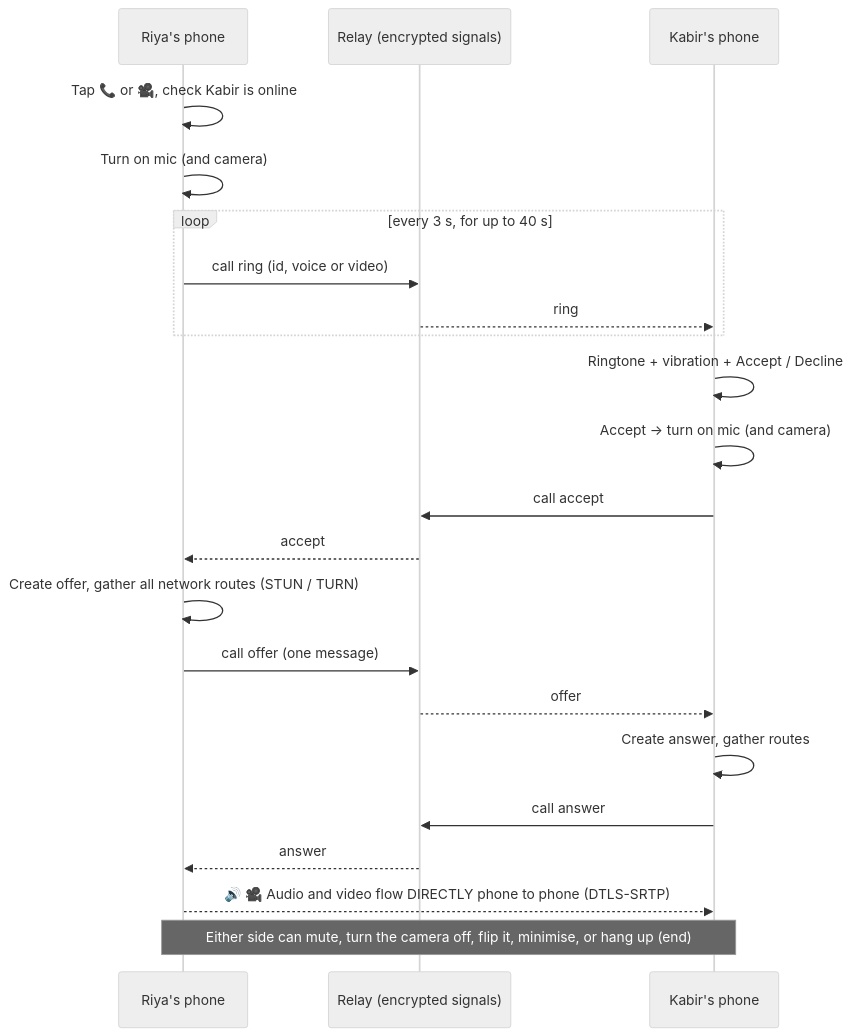
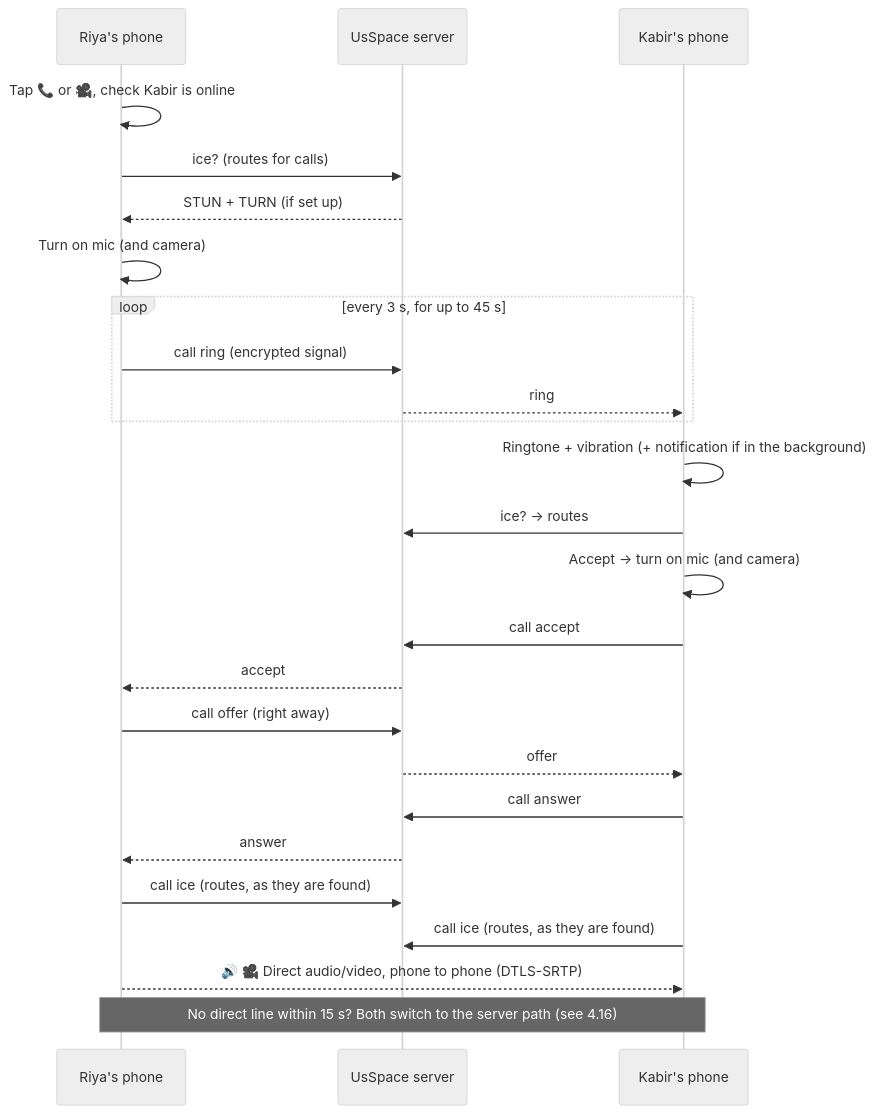
Before and after one commit to silent-coder-dev/private-space: diagram 15 of 30 in front-end/doc/04-flowcharts.md, drawn with Mermaid (neutral theme). The commit also changed other lines of this file and 78 other files, not shown here.

````diff
--- a/front-end/doc/04-flowcharts.md
+++ b/front-end/doc/04-flowcharts.md
@@ -318,24 +327,27 @@
 ```mermaid
 sequenceDiagram
     participant A as Riya's phone
-    participant S as Relay (encrypted signals)
+    participant S as UsSpace server
     participant B as Kabir's phone
     A->>A: Tap 📞 or 🎥, check Kabir is online
+    A->>S: ice? (routes for calls)
+    S-->>A: STUN + TURN (if set up)
     A->>A: Turn on mic (and camera)
-    loop every 3 s, for up to 40 s
-        A->>S: call ring (id, voice or video)
+    loop every 3 s, for up to 45 s
+        A->>S: call ring (encrypted signal)
         S-->>B: ring
     end
-    B->>B: Ringtone + vibration + Accept / Decline
+    B->>B: Ringtone + vibration (+ notification if in the background)
+    B->>S: ice? → routes
     B->>B: Accept → turn on mic (and camera)
     B->>S: call accept
     S-->>A: accept
-    A->>A: Create offer, gather all network routes (STUN / TURN)
-    A->>S: call offer (one message)
+    A->>S: call offer (right away)
     S-->>B: offer
-    B->>B: Create answer, gather routes
     B->>S: call answer
     S-->>A: answer
-    A-->>B: 🔊 🎥 Audio and video flow DIRECTLY phone to phone (DTLS-SRTP)
-    Note over A,B: Either side can mute, turn the camera off, flip it, minimise, or hang up (end)
+    A->>S: call ice (routes, as they are found)
+    B->>S: call ice (routes, as they are found)
+    A-->>B: 🔊 🎥 Direct audio/video, phone to phone (DTLS-SRTP)
+    Note over A,B: No direct line within 15 s? Both switch to the server path (see 4.16)
 ```
````
